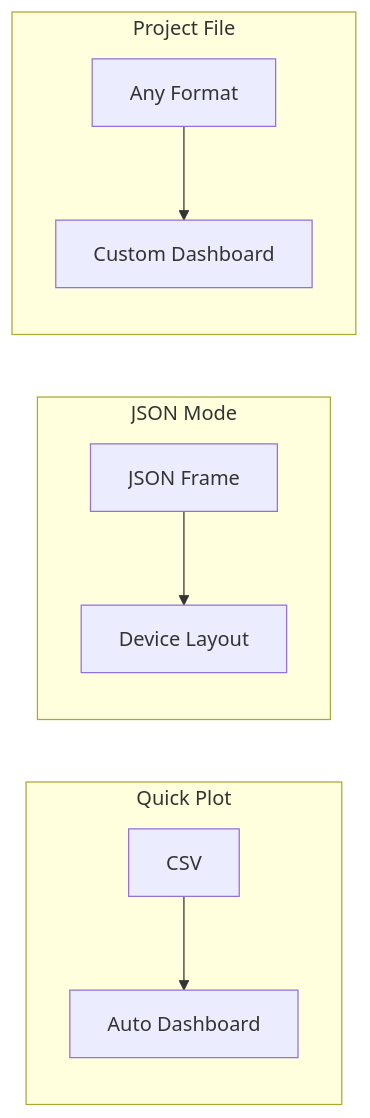
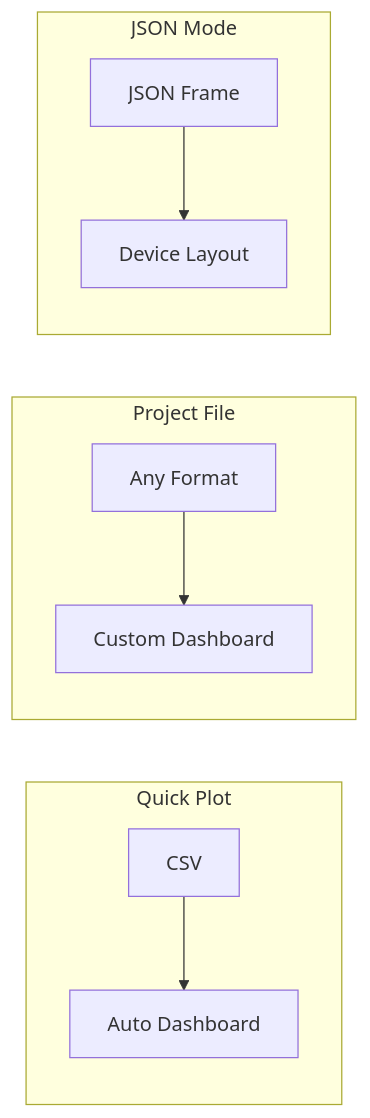
Before and after one commit to Serial-Studio/Serial-Studio: the diagram in doc/help/Operation-Modes.md, drawn with Mermaid. The commit also changed other lines of this file and 2 other files, not shown here.

First line of the commit message:
docs: prioritize Project File mode over Device Sends JSON in docs

````diff
--- a/doc/help/Operation-Modes.md
+++ b/doc/help/Operation-Modes.md
@@ -15,12 +15,12 @@
 ```mermaid
 flowchart LR
     subgraph QP["Quick Plot"]
         Q1["CSV"] --> Q2["Auto Dashboard"]
     end
+    subgraph PF["Project File"]
+        P1["Any Format"] --> P2["Custom Dashboard"]
+    end
     subgraph JSON["JSON Mode"]
         J1["JSON Frame"] --> J2["Device Layout"]
     end
-    subgraph PF["Project File"]
-        P1["Any Format"] --> P2["Custom Dashboard"]
-    end
 ```
````
